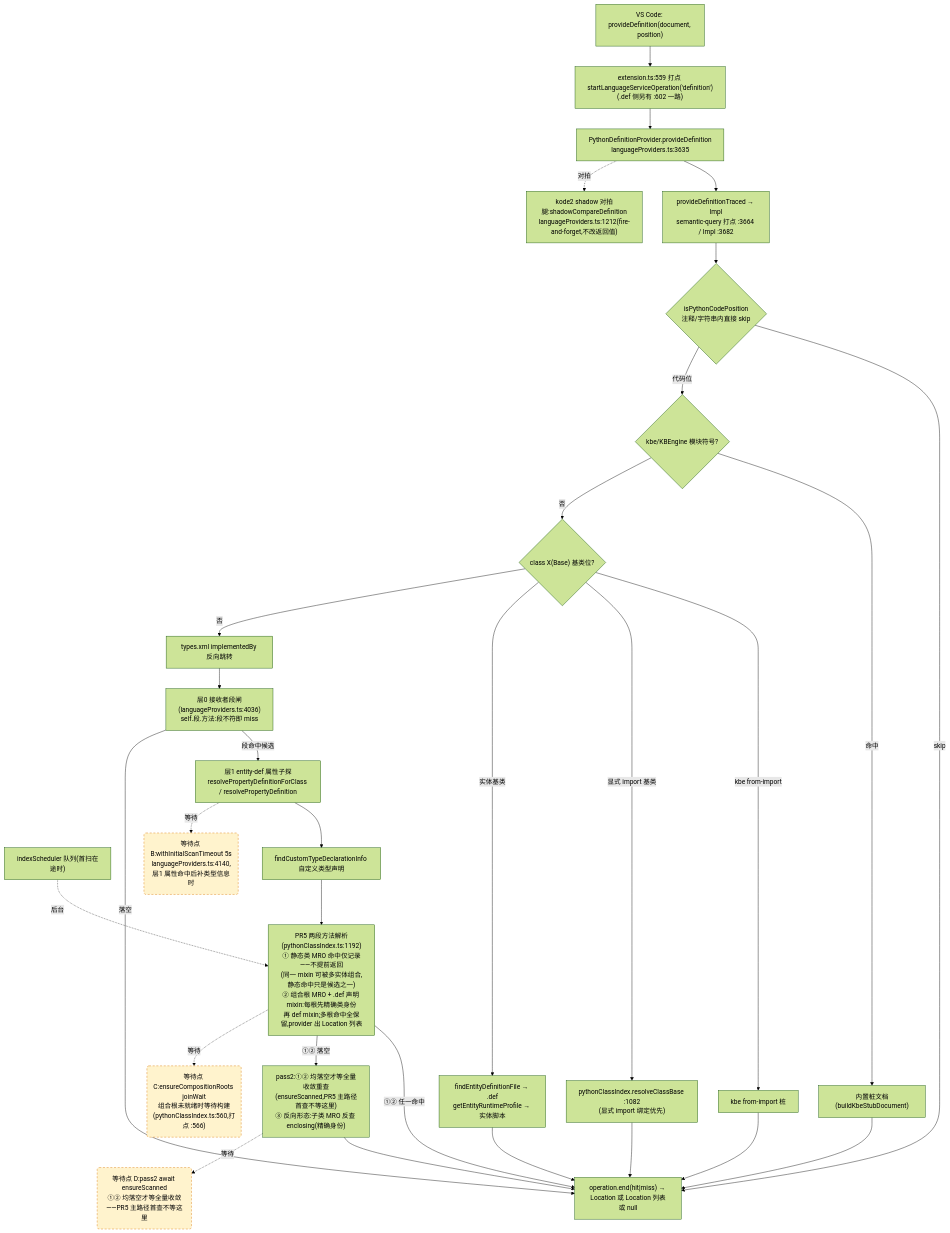
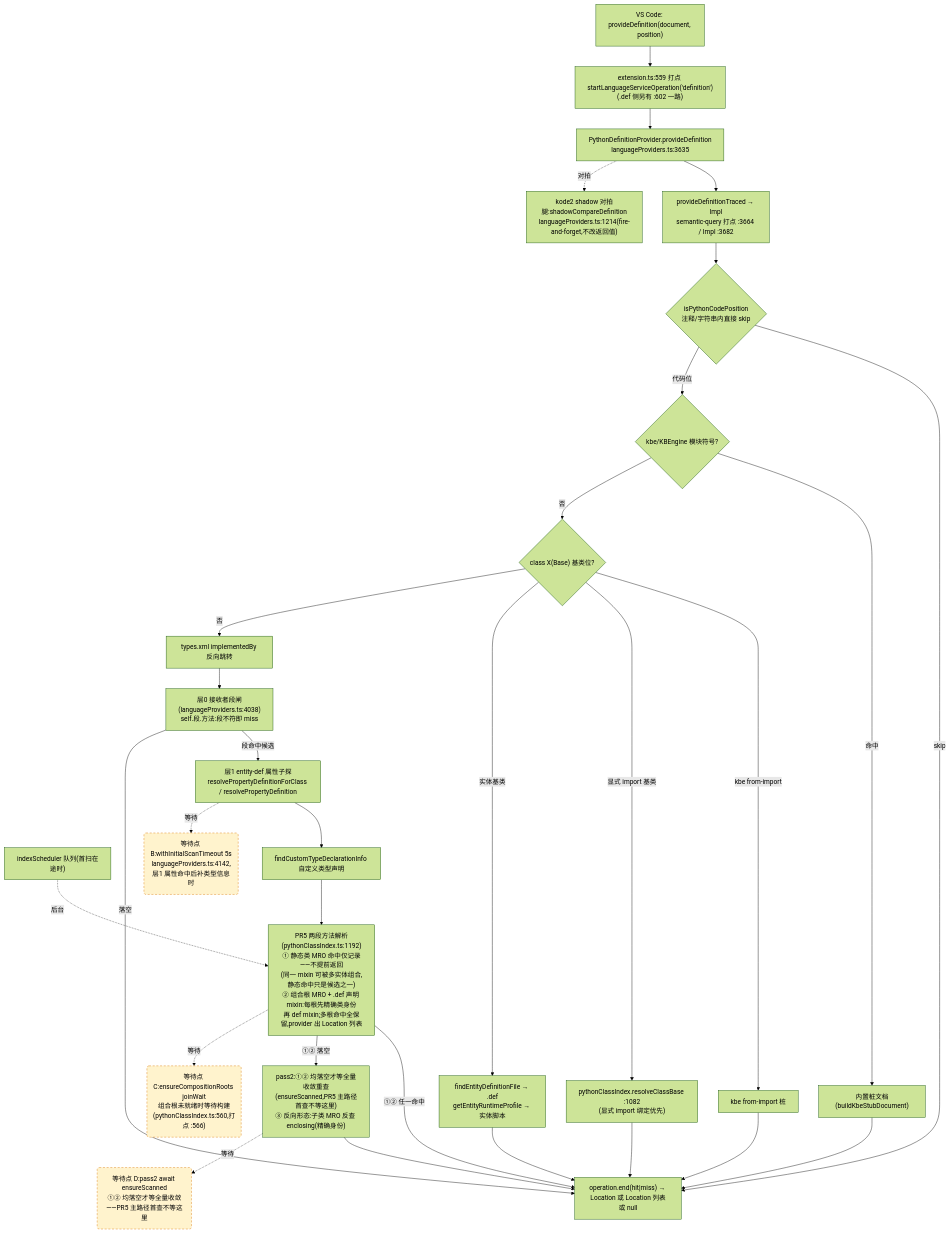
One commit to cuihairu/kode changed the second of 4 diagrams in docs/perf/2026-baseline.md. Above: the diagram before and after it, drawn with Mermaid (forest theme). The commit also changed other lines of this file and 1 other file, not shown here.

Commit message:
fix: realign perf doc anchors to code

````diff
--- a/docs/perf/2026-baseline.md
+++ b/docs/perf/2026-baseline.md
@@ -130,51 +130,51 @@
 ```mermaid
 flowchart TD
   VC2["VS Code: provideDefinition(document, position)"]
   M2["extension.ts:559 打点 startLanguageServiceOperation('definition')<br/>(.def 侧另有 :602 一路)"]
   AD2["PythonDefinitionProvider.provideDefinition<br/>languageProviders.ts:3635"]
   TR["provideDefinitionTraced → Impl<br/>semantic-query 打点 :3664 / Impl :3682"]
   CTX{"isPythonCodePosition<br/>注释/字符串内直接 skip"}
   KBE{"kbe/KBEngine 模块符号?"}
   STUB["内置桩文档(buildKbeStubDocument)"]
   CB{"class X(Base) 基类位?"}
   CB1["kbe from-import 桩"]
   CB2["pythonClassIndex.resolveClassBase :1082<br/>(显式 import 绑定优先)"]
   CB3["findEntityDefinitionFile → .def<br/>getEntityRuntimeProfile → 实体脚本"]
   REV["types.xml implementedBy 反向跳转"]
-  L0["层0 接收者段闸(languageProviders.ts:4036)<br/>self.段.方法:段不符即 miss"]
+  L0["层0 接收者段闸(languageProviders.ts:4038)<br/>self.段.方法:段不符即 miss"]
   L1["层1 entity-def 属性子探<br/>resolvePropertyDefinitionForClass / resolvePropertyDefinition"]
   SCAN["indexScheduler 队列(首扫在途时)"]
   TY["findCustomTypeDeclarationInfo 自定义类型声明"]
   MRO["PR5 两段方法解析(pythonClassIndex.ts:1192)<br/>① 静态类 MRO 命中仅记录——不提前返回<br/>(同一 mixin 可被多实体组合,静态命中只是候选之一)<br/>② 组合根 MRO + .def 声明 mixin:每根先精确类身份<br/>再 def mixin;多根命中全保留,provider 出 Location 列表"]
   PASS2["pass2:①② 均落空才等全量收敛重查<br/>(ensureScanned,PR5 主路径首查不等这里)<br/>③ 反向形态:子类 MRO 反查 enclosing(精确身份)"]
-  SHD["kode2 shadow 对拍腿:shadowCompareDefinition<br/>languageProviders.ts:1212(fire-and-forget,不改返回值)"]
+  SHD["kode2 shadow 对拍腿:shadowCompareDefinition<br/>languageProviders.ts:1214(fire-and-forget,不改返回值)"]
   END2["operation.end(hit|miss) → Location 或 Location 列表或 null"]
 
   VC2 --> M2 --> AD2 --> TR --> CTX
   CTX -- "skip" --> END2
   CTX -- "代码位" --> KBE
   KBE -- "命中" --> STUB --> END2
   KBE -- "否" --> CB
   CB -- "kbe from-import" --> CB1 --> END2
   CB -- "显式 import 基类" --> CB2 --> END2
   CB -- "实体基类" --> CB3 --> END2
   CB -- "否" --> REV --> L0
   L0 -- "段命中候选" --> L1
   L0 -- "落空" --> END2
   L1 --> TY
   TY --> MRO
   MRO -- "①② 任一命中" --> END2
   MRO -- "①② 落空" --> PASS2 --> END2
   AD2 -.->|对拍| SHD
 
-  WAITB("等待点 B:withInitialScanTimeout 5s<br/>languageProviders.ts:4140,层1 属性命中后补类型信息时")
+  WAITB("等待点 B:withInitialScanTimeout 5s<br/>languageProviders.ts:4142,层1 属性命中后补类型信息时")
   WAITC("等待点 C:ensureCompositionRoots joinWait<br/>组合根未就绪时等待构建(pythonClassIndex.ts:560,打点 :566)")
   WAITD("等待点 D:pass2 await ensureScanned<br/>①② 均落空才等全量收敛——PR5 主路径首查不等这里")
   L1 -.->|等待| WAITB
   MRO -.->|等待| WAITC
   PASS2 -.->|等待| WAITD
   SCAN -.->|后台| MRO
 
   classDef waitPoint fill:#fff3cd,stroke:#d97706,stroke-dasharray:5 4;
   class WAITB,WAITC,WAITD waitPoint;
 ```
````
